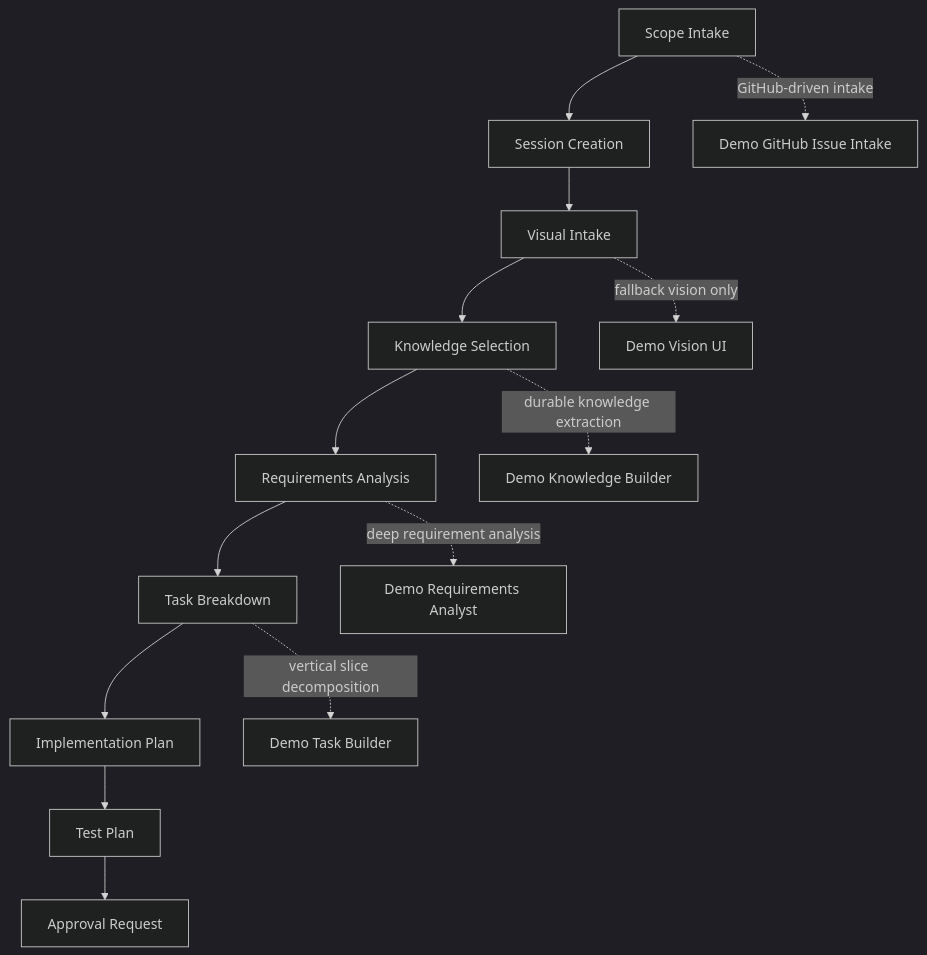
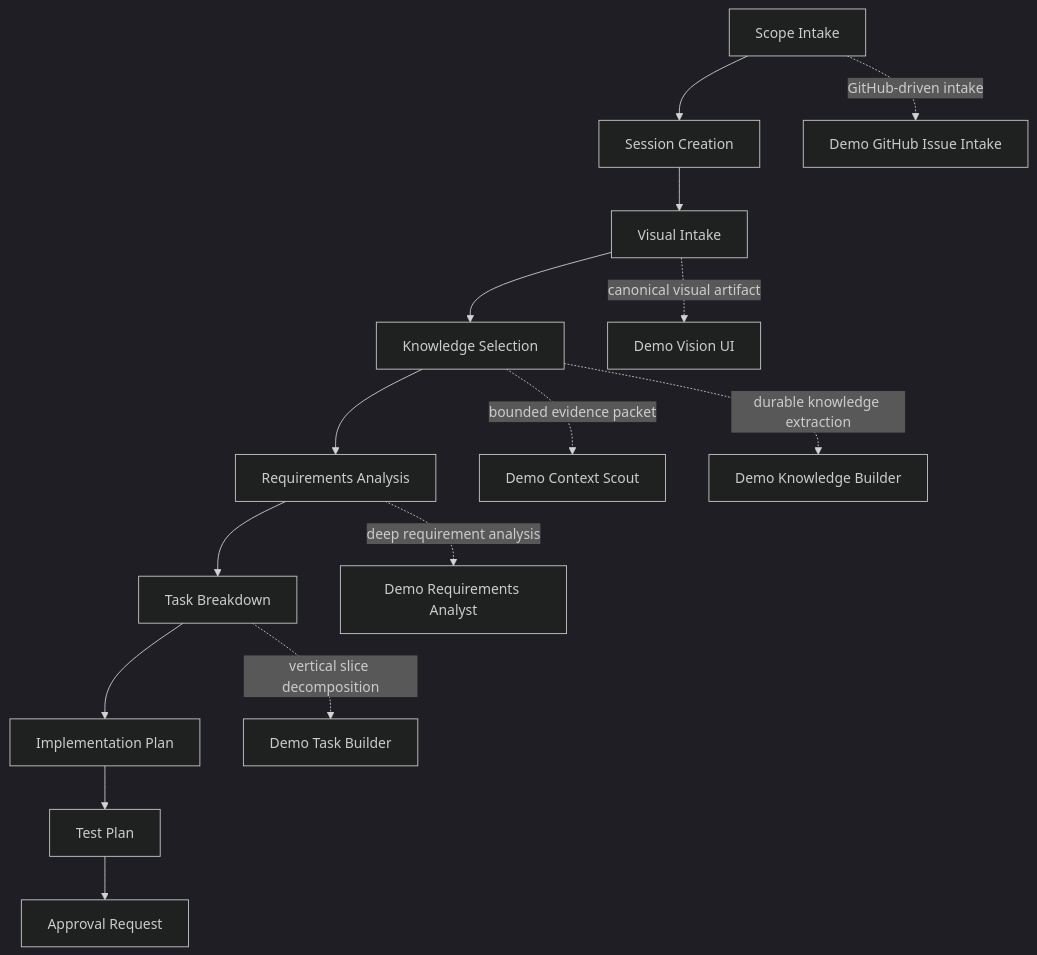
Before and after one commit to violabg/serviceDeskDemo: the first of 5 diagrams in docs/wiki/README.md, drawn with Mermaid (dark theme). The commit also changed other lines of this file and 17 other files, not shown here.

````diff
--- a/docs/wiki/README.md
+++ b/docs/wiki/README.md
@@ -172,20 +173,21 @@
 ```mermaid
 flowchart TD
   P0[Scope Intake]
   P1[Session Creation]
   P2[Visual Intake]
   P3[Knowledge Selection]
   P4[Requirements Analysis]
   P5[Task Breakdown]
   P6[Implementation Plan]
   P7[Test Plan]
   P8[Approval Request]
 
   P0 --> P1 --> P2 --> P3 --> P4 --> P5 --> P6 --> P7 --> P8
 
   P0 -. GitHub-driven intake .-> GI[Demo GitHub Issue Intake]
-  P2 -. fallback vision only .-> GV[Demo Vision UI]
+  P2 -. canonical visual artifact .-> GV[Demo Vision UI]
+  P3 -. bounded evidence packet .-> GCS[Demo Context Scout]
   P4 -. deep requirement analysis .-> GR[Demo Requirements Analyst]
   P5 -. vertical slice decomposition .-> GT[Demo Task Builder]
   P3 -. durable knowledge extraction .-> GK[Demo Knowledge Builder]
 ```
````
